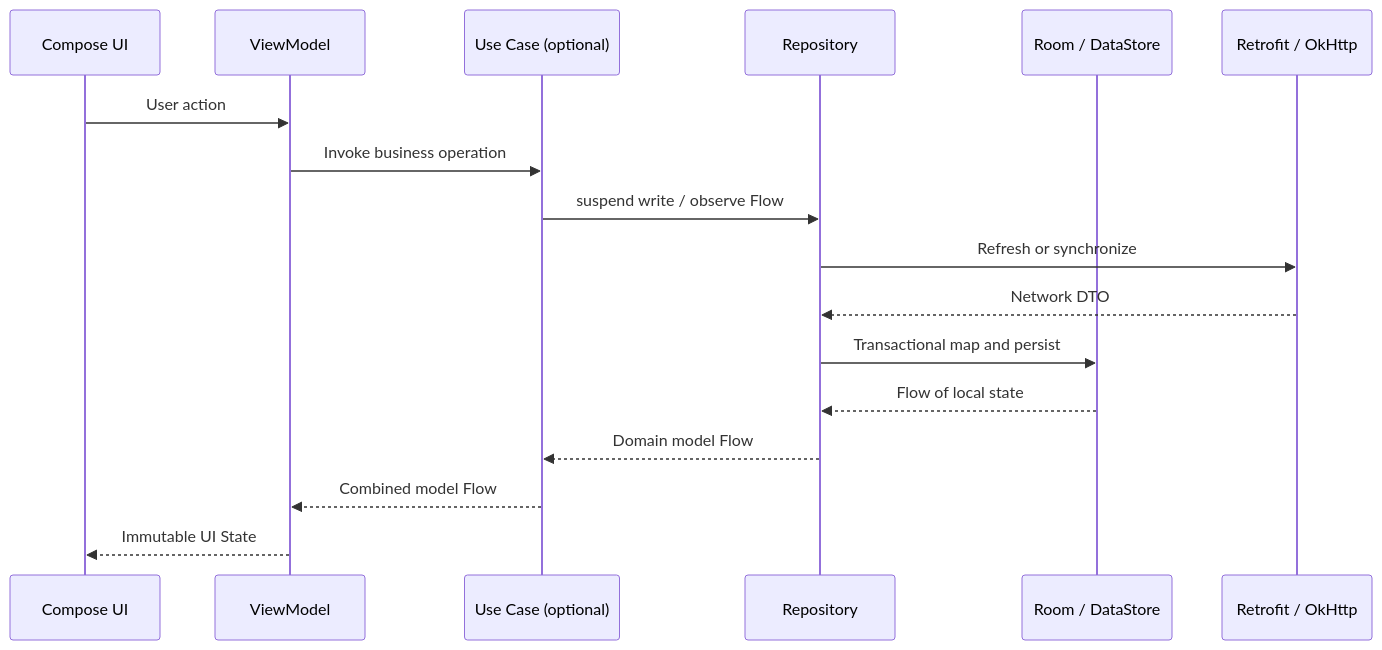
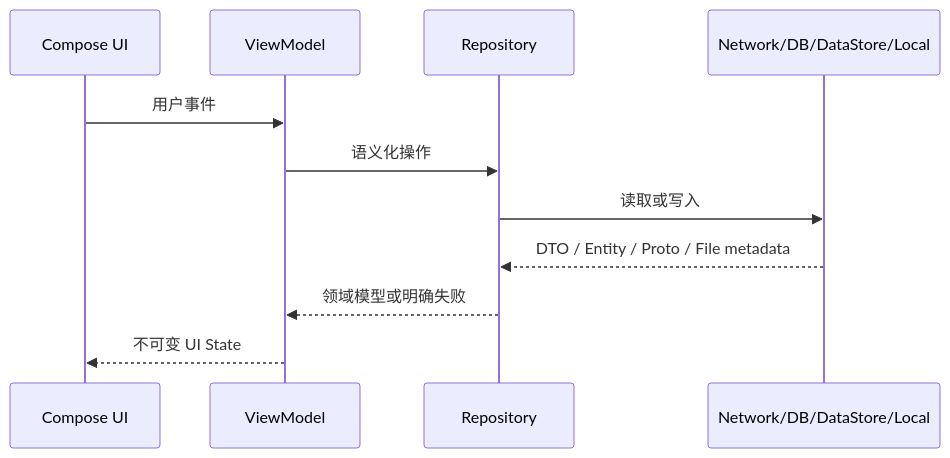
Before and after one commit to JamesGZM/Resonote: the second of 4 diagrams in docs/ARCHITECTURE.md, drawn with Mermaid. The commit also changed other lines of this file and 82 other files, not shown here.

````diff
--- a/docs/ARCHITECTURE.md
+++ b/docs/ARCHITECTURE.md
@@ -252,20 +100,14 @@
 ```mermaid
 sequenceDiagram
     participant UI as Compose UI
     participant VM as ViewModel
-    participant UC as Use Case (optional)
     participant Repo as Repository
-    participant Local as Room / DataStore
-    participant Remote as Retrofit / OkHttp
+    participant Source as Network/DB/DataStore/Local
 
-    UI->>VM: User action
-    VM->>UC: Invoke business operation
-    UC->>Repo: suspend write / observe Flow
-    Repo->>Remote: Refresh or synchronize
-    Remote-->>Repo: Network DTO
-    Repo->>Local: Transactional map and persist
-    Local-->>Repo: Flow of local state
-    Repo-->>UC: Domain model Flow
-    UC-->>VM: Combined model Flow
-    VM-->>UI: Immutable UI State
+    UI->>VM: 用户事件
+    VM->>Repo: 语义化操作
+    Repo->>Source: 读取或写入
+    Source-->>Repo: DTO / Entity / Proto / File metadata
+    Repo-->>VM: 领域模型或明确失败
+    VM-->>UI: 不可变 UI State
 ```
````
